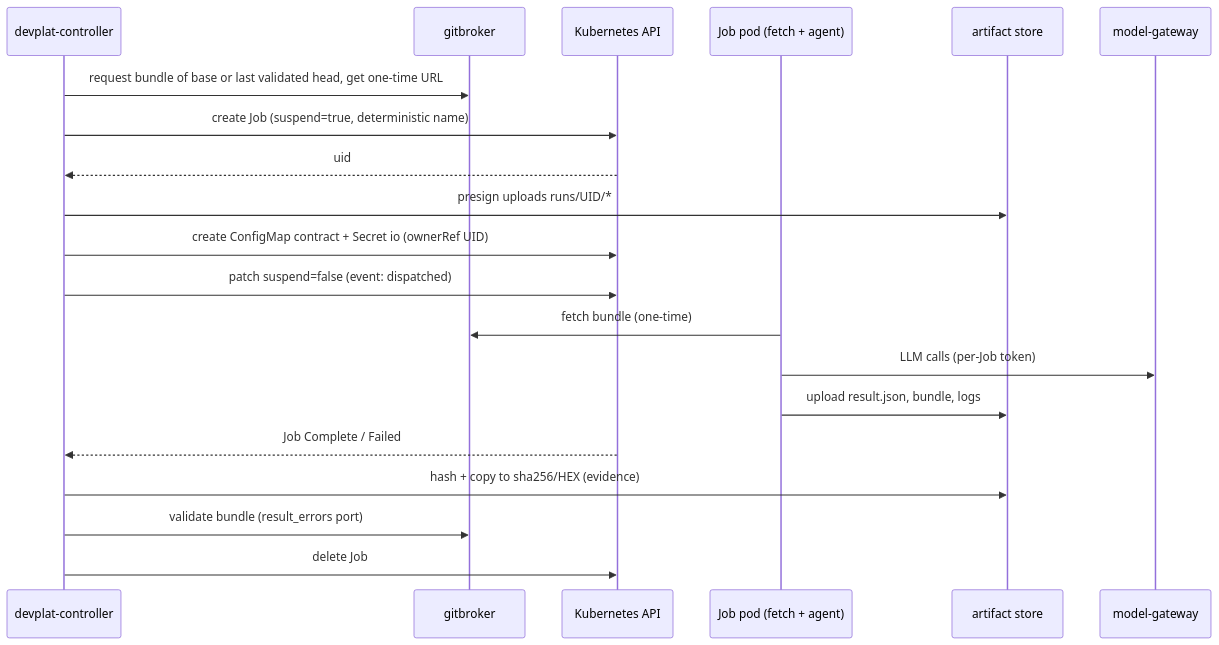
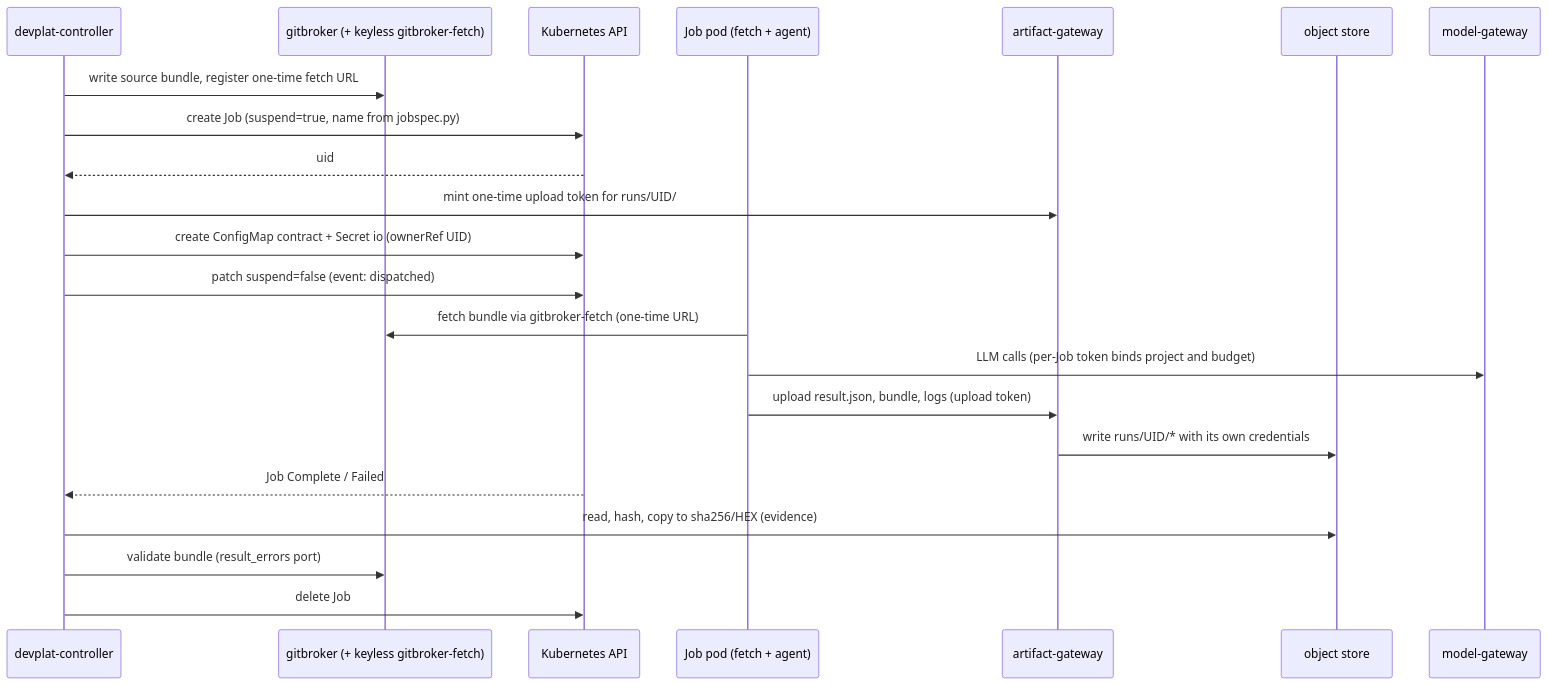
One commit to usjbro/Project-Mercury changed the diagram in docs/mercury/development-orchestration/16-agent-execution-and-job-lifecycle.md. Above: the diagram before and after it, drawn with Mermaid. The commit also changed other lines of this file and 40 other files, not shown here.

````diff
--- a/docs/mercury/development-orchestration/16-agent-execution-and-job-lifecycle.md
+++ b/docs/mercury/development-orchestration/16-agent-execution-and-job-lifecycle.md
@@ -37,22 +37,24 @@
 ```mermaid
 sequenceDiagram
     participant C as devplat-controller
-    participant G as gitbroker
+    participant G as gitbroker (+ keyless gitbroker-fetch)
     participant K as Kubernetes API
     participant P as Job pod (fetch + agent)
-    participant S as artifact store
+    participant A as artifact-gateway
+    participant S as object store
     participant M as model-gateway
-    C->>G: request bundle of base or last validated head, get one-time URL
-    C->>K: create Job (suspend=true, deterministic name)
+    C->>G: write source bundle, register one-time fetch URL
+    C->>K: create Job (suspend=true, name from jobspec.py)
     K-->>C: uid
-    C->>S: presign uploads runs/UID/*
+    C->>A: mint one-time upload token for runs/UID/
     C->>K: create ConfigMap contract + Secret io (ownerRef UID)
     C->>K: patch suspend=false   (event: dispatched)
-    P->>G: fetch bundle (one-time)
-    P->>M: LLM calls (per-Job token)
-    P->>S: upload result.json, bundle, logs
+    P->>G: fetch bundle via gitbroker-fetch (one-time URL)
+    P->>M: LLM calls (per-Job token binds project and budget)
+    P->>A: upload result.json, bundle, logs (upload token)
+    A->>S: write runs/UID/* with its own credentials
     K-->>C: Job Complete / Failed
-    C->>S: hash + copy to sha256/HEX (evidence)
+    C->>S: read, hash, copy to sha256/HEX (evidence)
     C->>G: validate bundle (result_errors port)
     C->>K: delete Job
 ```
````
